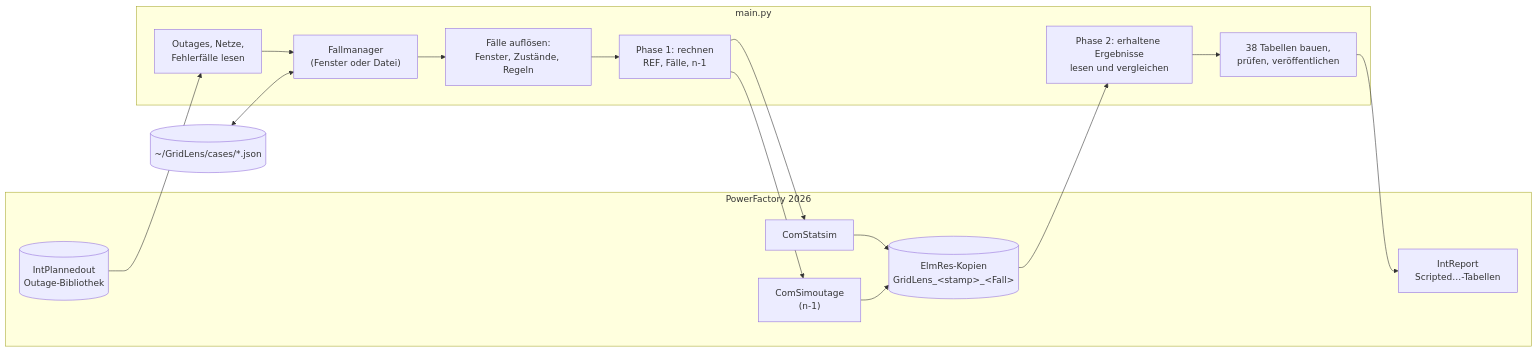
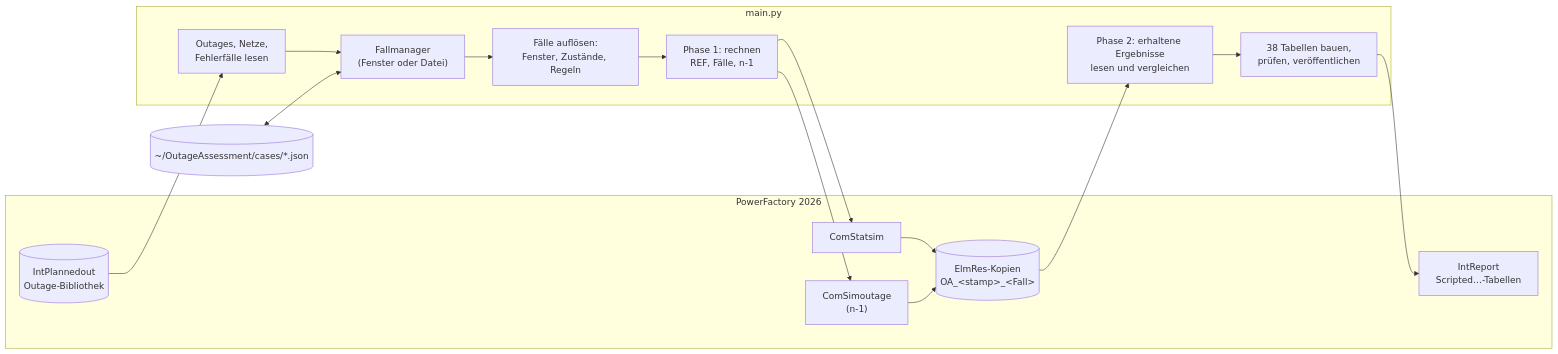
Before and after one commit to hadiibrahim-Engin/GridLensAssessment: the first of 5 diagrams in docs/de/ARCHITEKTUR.md, drawn with Mermaid. The commit also changed other lines of this file and 61 other files, not shown here.

First line of the commit message:
Refactor GridLens references to Outage Assessment in diagnostic probes and scripts

````diff
--- a/docs/de/ARCHITEKTUR.md
+++ b/docs/de/ARCHITEKTUR.md
@@ -42,24 +42,24 @@
 ```mermaid
 flowchart LR
     subgraph PF["PowerFactory 2026"]
         OL[("IntPlannedout<br/>Outage-Bibliothek")]
         QDS["ComStatsim"]
         CA["ComSimoutage<br/>(n-1)"]
-        RES[("ElmRes-Kopien<br/>GridLens_&lt;stamp&gt;_&lt;Fall&gt;")]
+        RES[("ElmRes-Kopien<br/>OA_&lt;stamp&gt;_&lt;Fall&gt;")]
         REP["IntReport<br/>Scripted…-Tabellen"]
     end
     subgraph GL["main.py"]
         IN["Outages, Netze,<br/>Fehlerfälle lesen"]
         CM["Fallmanager<br/>(Fenster oder Datei)"]
         RQ["Fälle auflösen:<br/>Fenster, Zustände, Regeln"]
         P1["Phase 1: rechnen<br/>REF, Fälle, n-1"]
         P2["Phase 2: erhaltene Ergebnisse<br/>lesen und vergleichen"]
         RP["38 Tabellen bauen,<br/>prüfen, veröffentlichen"]
     end
-    CFG[("~/GridLens/cases/*.json")]
+    CFG[("~/OutageAssessment/cases/*.json")]
     OL --> IN --> CM --> RQ --> P1
     CFG <--> CM
     P1 --> QDS --> RES
     P1 --> CA --> RES
     RES --> P2 --> RP --> REP
 ```
````
